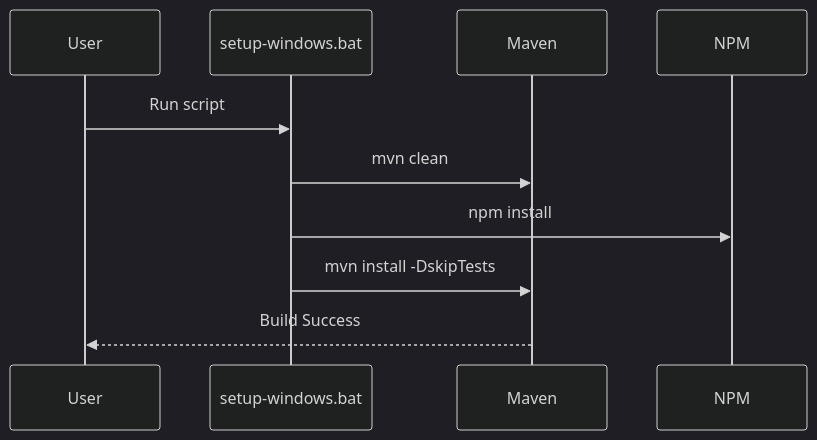
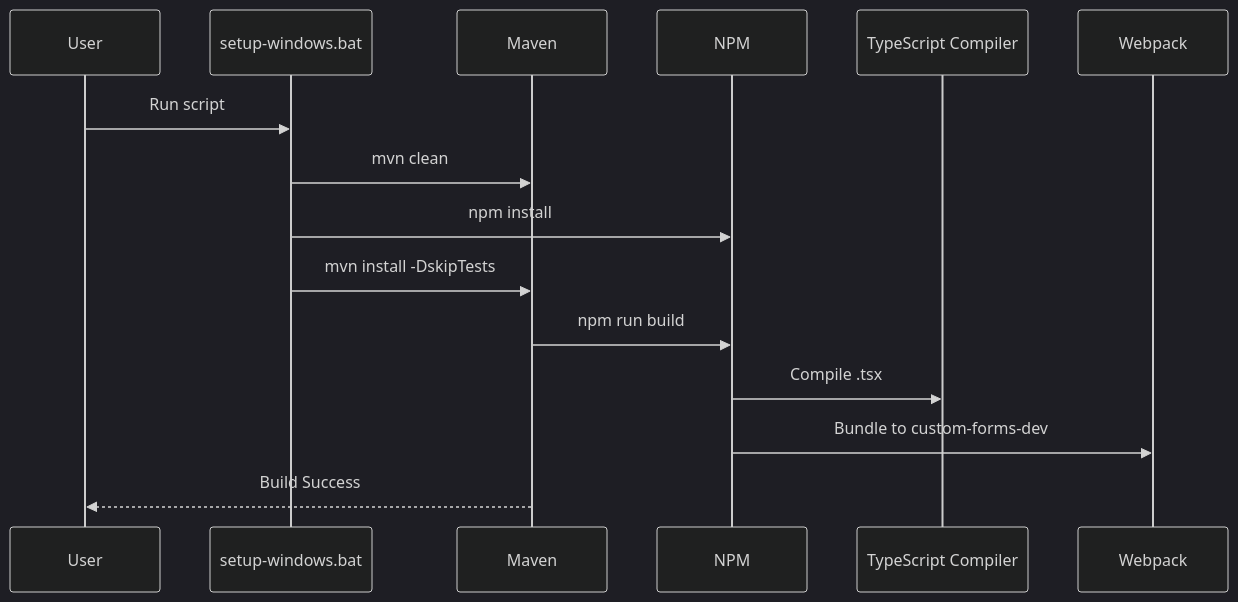
One commit to vsimplify/utility changed the diagram in docs/Windows_Build_Fix_Report.md. Above: the diagram before and after it, drawn with Mermaid (dark theme). The commit also changed other lines of this file, not shown here.

Commit message:
docs: update build report with deep analysis findings

````diff
--- a/docs/Windows_Build_Fix_Report.md
+++ b/docs/Windows_Build_Fix_Report.md
@@ -40,13 +47,18 @@
 ```mermaid
 sequenceDiagram
     participant User
     participant Batch as setup-windows.bat
     participant Maven
     participant NPM
+    participant TSC as TypeScript Compiler
+    participant Webpack
 
     User->>Batch: Run script
     Batch->>Maven: mvn clean
     Batch->>NPM: npm install
     Batch->>Maven: mvn install -DskipTests
+    Maven->>NPM: npm run build
+    NPM->>TSC: Compile .tsx
+    NPM->>Webpack: Bundle to custom-forms-dev
     Maven-->>User: Build Success
 ```
````
